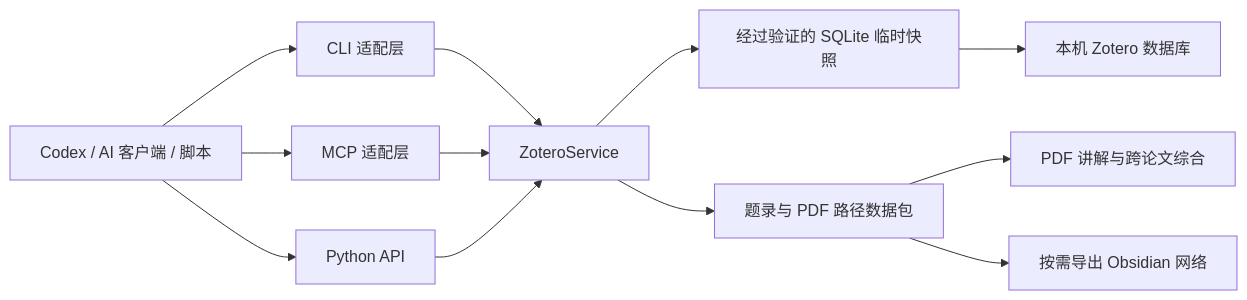
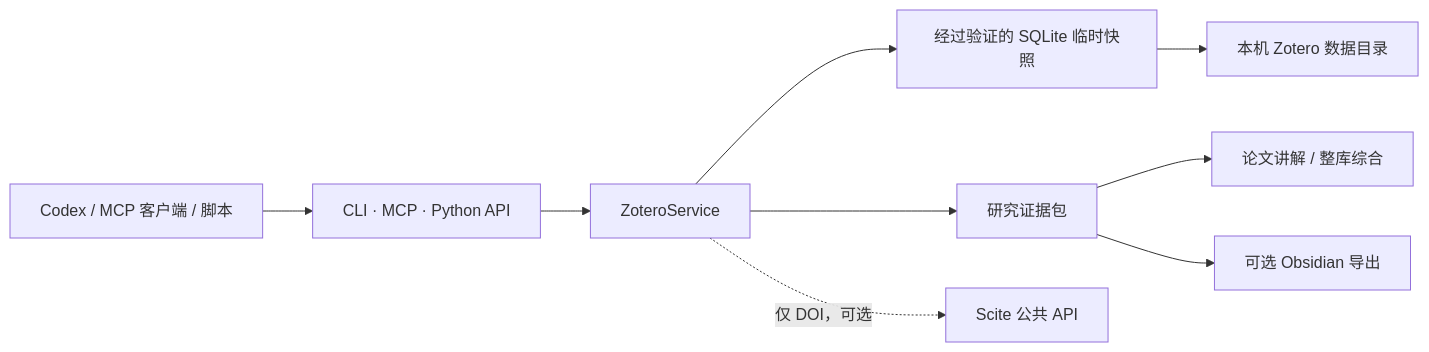
Before and after one commit to CollinKe05/zotero-library-reader: the diagram in README.zh-CN.md, drawn with Mermaid. The commit also changed other lines of this file and 13 other files, not shown here.

````diff
--- a/README.zh-CN.md
+++ b/README.zh-CN.md
@@ -23,14 +38,11 @@
 ```mermaid
 flowchart LR
-    A["Codex / AI 客户端 / 脚本"] --> B["CLI 适配层"]
-    A --> C["MCP 适配层"]
-    A --> D["Python API"]
-    B --> E["ZoteroService"]
-    C --> E
-    D --> E
-    E --> F["经过验证的 SQLite 临时快照"]
-    F --> G["本机 Zotero 数据库"]
-    E --> H["题录与 PDF 路径数据包"]
-    H --> I["PDF 讲解与跨论文综合"]
-    H --> J["按需导出 Obsidian 网络"]
+    A["Codex / MCP 客户端 / 脚本"] --> B["CLI · MCP · Python API"]
+    B --> C["ZoteroService"]
+    C --> D["经过验证的 SQLite 临时快照"]
+    D --> E["本机 Zotero 数据目录"]
+    C --> F["研究证据包"]
+    F --> G["论文讲解 / 整库综合"]
+    F --> H["可选 Obsidian 导出"]
+    C -. "仅 DOI，可选" .-> I["Scite 公共 API"]
 ```
````
